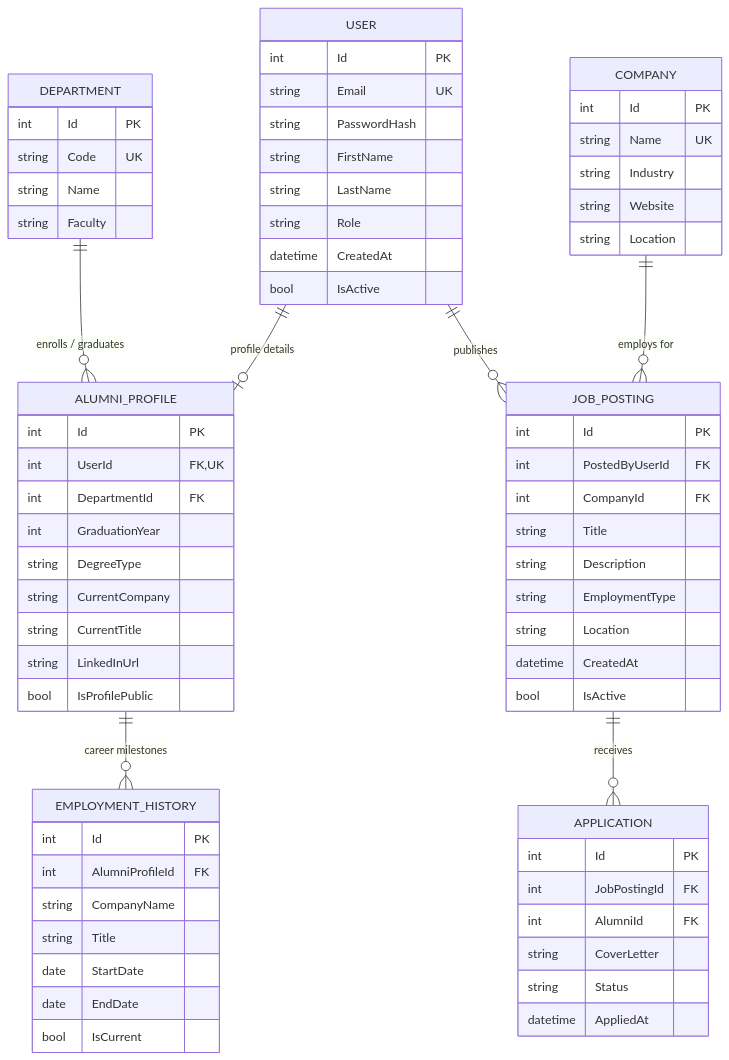
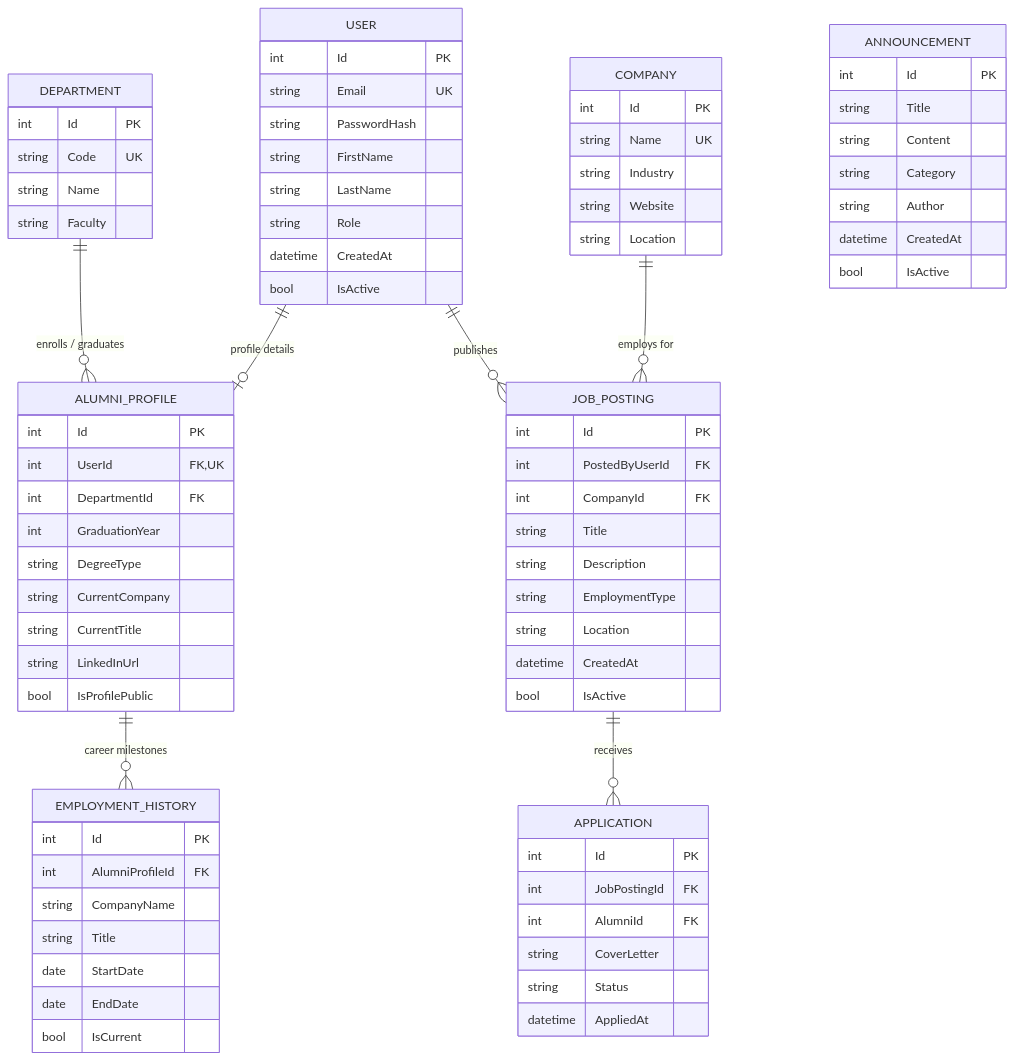
One commit to alibarantc/alumni changed the diagram in ddd.md. Above: the diagram before and after it, drawn with Mermaid. The commit also changed other lines of this file and 24 other files, not shown here.

```diff
--- a/ddd.md
+++ b/ddd.md
@@ -36,6 +36,16 @@
     COMPANY ||--o{ JOB_POSTING : "employs for"
     ALUMNI_PROFILE ||--o{ EMPLOYMENT_HISTORY : "career milestones"
     JOB_POSTING ||--o{ APPLICATION : "receives"
+
+    ANNOUNCEMENT {
+        int Id PK
+        string Title
+        string Content
+        string Category
+        string Author
+        datetime CreatedAt
+        bool IsActive
+    }
 
     USER {
         int Id PK
```
